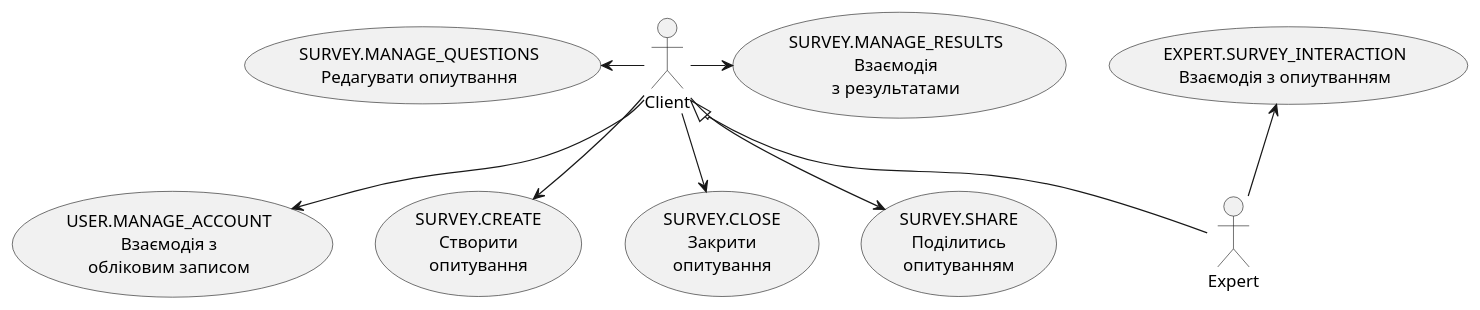
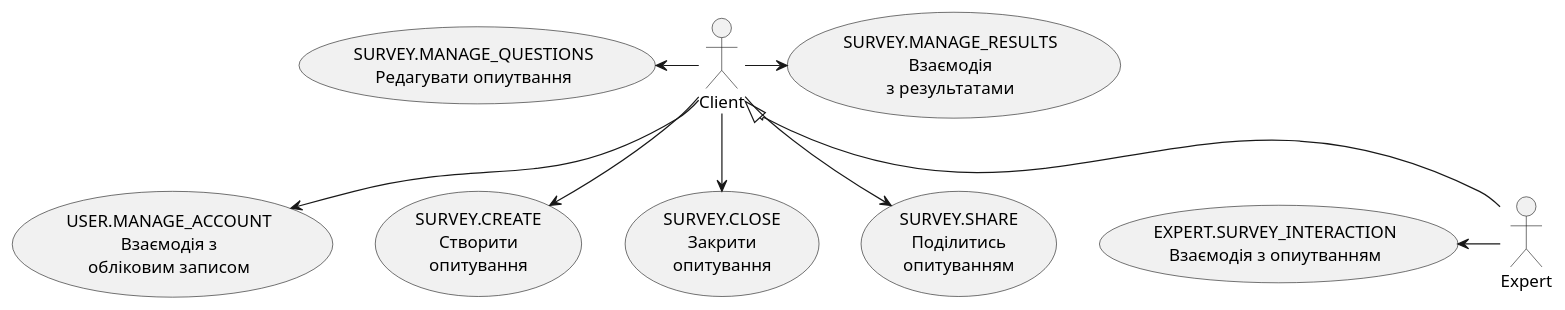
Before and after one commit to xastia/edu_db_labs_group1: the first of 15 diagrams in docs/use cases/README.md, drawn with PlantUML.

Commit message:
corrected mistakes in use-case arrows

```diff
--- a/docs/use cases/README.md
+++ b/docs/use cases/README.md
@@ -12,24 +12,24 @@
 @startuml
 
     actor Expert
     actor Client
   
     usecase "USER.MANAGE_ACCOUNT\nВзаємодія з\nобліковим записом" as UInteraction
     usecase "SURVEY.CREATE\nСтворити\nопитування" as SCreate
     usecase "SURVEY.CLOSE\nЗакрити\nопитування" as SClose
     usecase "SURVEY.MANAGE_QUESTIONS\nРедагувати опиутвання" as SEdit
     usecase "EXPERT.SURVEY_INTERACTION\nВзаємодія з опиутванням" as EInteraction
     usecase "SURVEY.SHARE\nПоділитись\nопитуванням" as SShare
     usecase "SURVEY.MANAGE_RESULTS\nВзаємодія\nз результатами" as SResults
  
   
       Expert -u-|> Client
-      Expert -u-> EInteraction
+      Expert -l-> EInteraction
       Client -d->UInteraction
       Client -l->SEdit
       Client -d->SShare
       Client -r->SResults
       Client -d->SClose
       Client -d->SCreate
       
 @enduml
```
